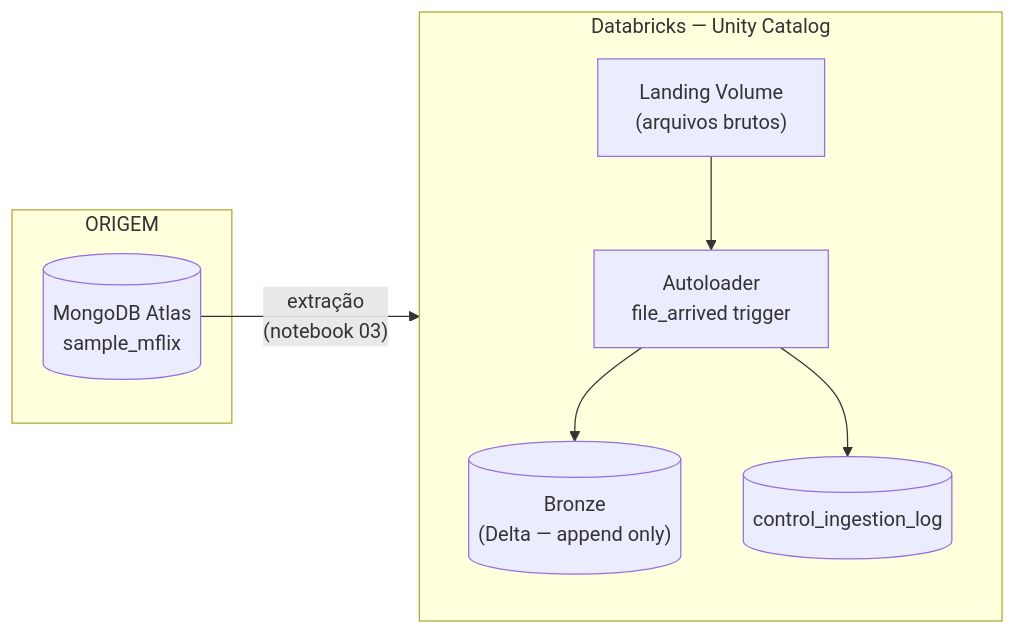
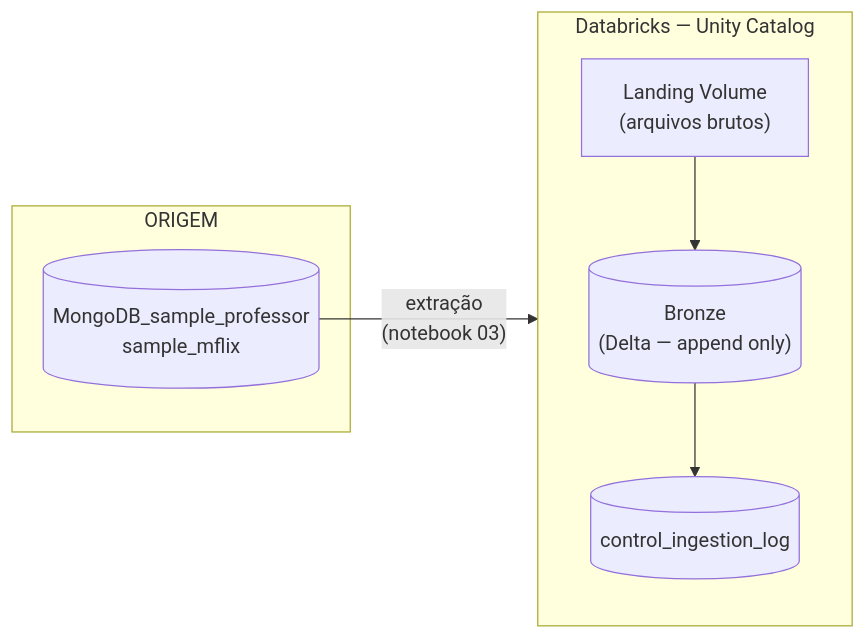
The first of 2 diagrams in docs/ARQUITETURA.md (lincoln106sanders-spec/T3-DE-INGESTAO), drawn with Mermaid before and after one commit. The commit also changed other lines of this file and 15 other files, not shown here.

First line of the commit message:
Implementa pipeline de ingestao sample_mflix -> bronze com controle de execucao, reconciliacao e evidencias de teste

````diff
--- a/docs/ARQUITETURA.md
+++ b/docs/ARQUITETURA.md
@@ -10,18 +12,17 @@
 ```mermaid
 flowchart LR
     subgraph ORIGEM
-        M[(MongoDB Atlas\nsample_mflix)]
+        M[(MongoDB_sample_professor\nsample_mflix)]
     end
 
     subgraph DATABRICKS["Databricks — Unity Catalog"]
         direction TB
         L["Landing Volume\n(arquivos brutos)"]
-        A["Autoloader\nfile_arrived trigger"]
         B[("Bronze\n(Delta — append only)")]
         C[("control_ingestion_log")]
-        L --> A --> B
-        A --> C
+        L --> B
+        B --> C
     end
 
     M -->|"extração\n(notebook 03)"| L
 ```
````
